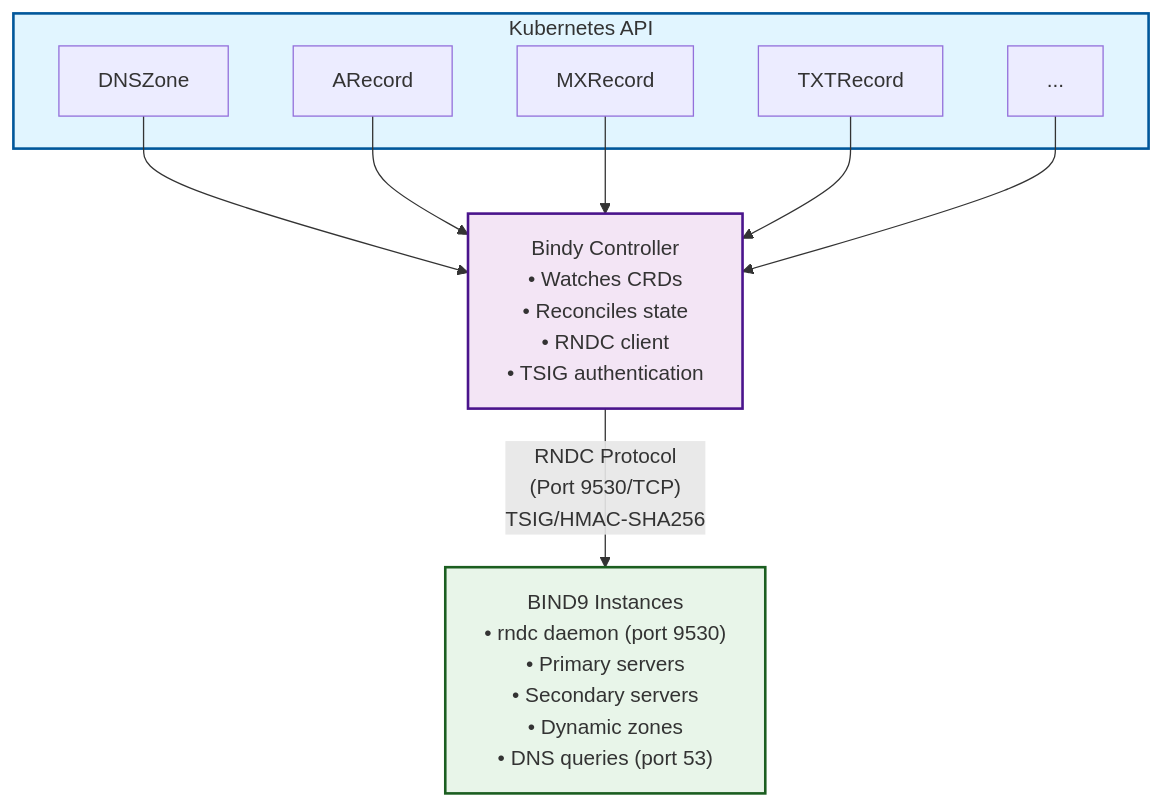
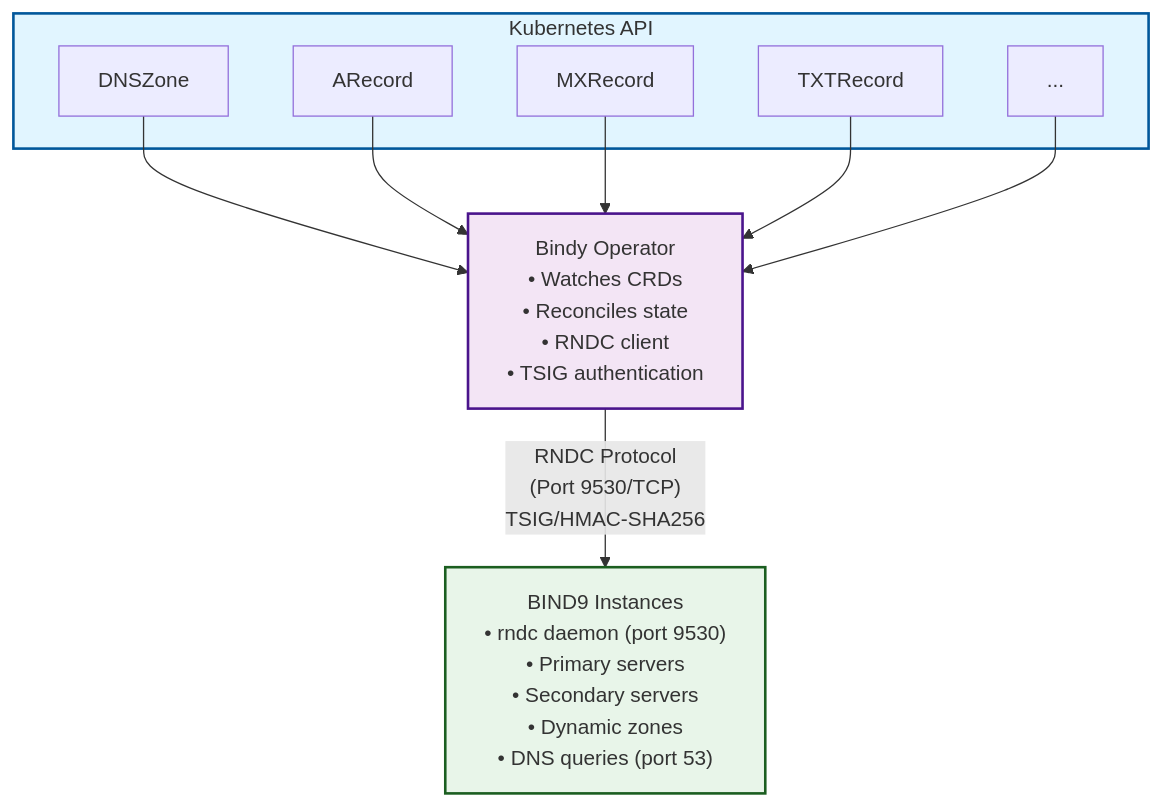
One commit to firestoned/bindy changed the first of 3 diagrams in docs/src/concepts/concepts.md. Above: the diagram before and after it, drawn with Mermaid. The commit also changed other lines of this file and 150 other files, not shown here.

Commit message:
Change the occurences from controller to operator (#83)

````diff
--- a/docs/src/concepts/concepts.md
+++ b/docs/src/concepts/concepts.md
@@ -39,26 +39,26 @@
 ```mermaid
 graph TB
     subgraph k8s["Kubernetes API"]
         zone["DNSZone"]
         arecord["ARecord"]
         mx["MXRecord"]
         txt["TXTRecord"]
         more["..."]
     end
 
-    controller["Bindy Controller<br/>• Watches CRDs<br/>• Reconciles state<br/>• RNDC client<br/>• TSIG authentication"]
+    operator["Bindy Operator<br/>• Watches CRDs<br/>• Reconciles state<br/>• RNDC client<br/>• TSIG authentication"]
 
     bind9["BIND9 Instances<br/>• rndc daemon (port 9530)<br/>• Primary servers<br/>• Secondary servers<br/>• Dynamic zones<br/>• DNS queries (port 53)"]
 
-    zone --> controller
-    arecord --> controller
-    mx --> controller
-    txt --> controller
-    more --> controller
+    zone --> operator
+    arecord --> operator
+    mx --> operator
+    txt --> operator
+    more --> operator
 
-    controller -->|"RNDC Protocol<br/>(Port 9530/TCP)<br/>TSIG/HMAC-SHA256"| bind9
+    operator -->|"RNDC Protocol<br/>(Port 9530/TCP)<br/>TSIG/HMAC-SHA256"| bind9
 
     style k8s fill:#e1f5ff,stroke:#01579b,stroke-width:2px
-    style controller fill:#f3e5f5,stroke:#4a148c,stroke-width:2px
+    style operator fill:#f3e5f5,stroke:#4a148c,stroke-width:2px
     style bind9 fill:#e8f5e9,stroke:#1b5e20,stroke-width:2px
 ```
````
